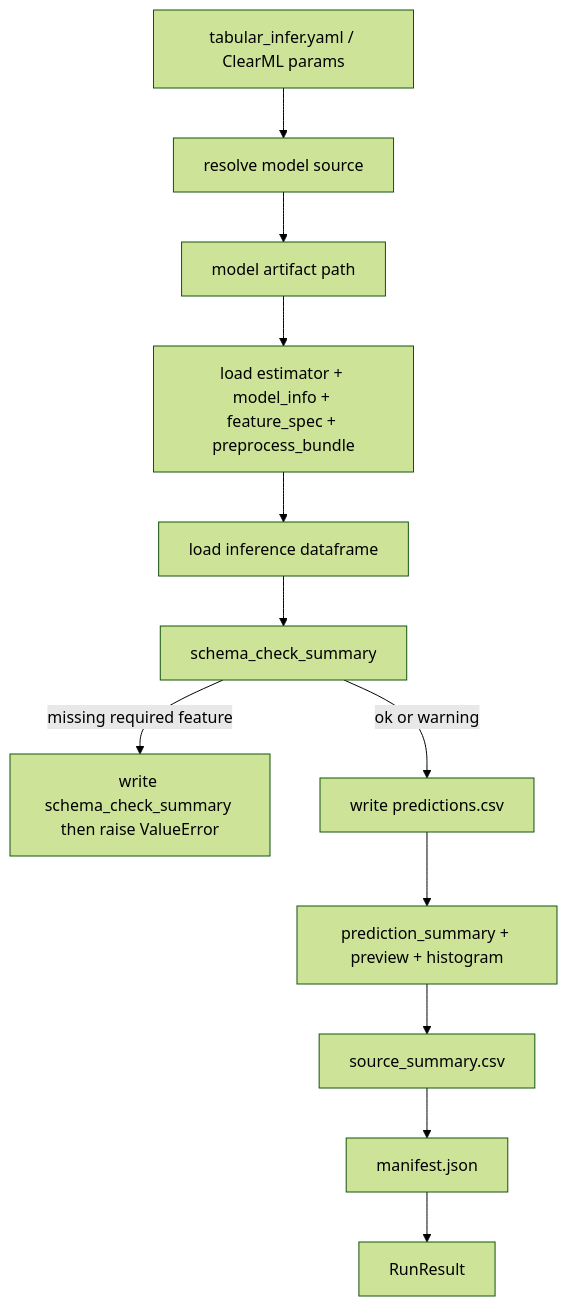
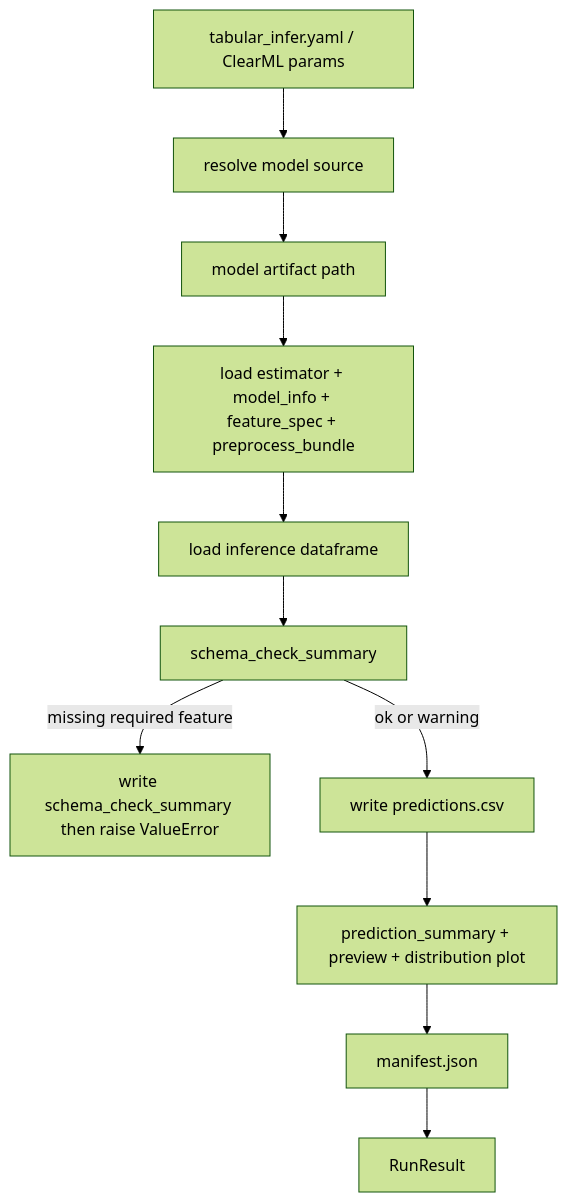
The fifth of 9 diagrams in Reviewwer.md (dkawa2523/ml_platform), drawn with Mermaid (forest theme) before and after one commit. The commit also changed other lines of this file and 128 other files, not shown here.

Commit message:
refactor: simplify platform architecture

````diff
--- a/Reviewwer.md
+++ b/Reviewwer.md
@@ -158,14 +165,13 @@
 ```mermaid
 flowchart TB
   InferConfig["tabular_infer.yaml / ClearML params"] --> Resolve["resolve model source"]
   Resolve --> ModelPath["model artifact path"]
   ModelPath --> Load["load estimator + model_info + feature_spec + preprocess_bundle"]
   Load --> Data["load inference dataframe"]
   Data --> Schema["schema_check_summary"]
   Schema -->|missing required feature| Error["write schema_check_summary then raise ValueError"]
   Schema -->|ok or warning| Predict["write predictions.csv"]
-  Predict --> Summary["prediction_summary + preview + histogram"]
-  Summary --> Source["source_summary.csv"]
-  Source --> Manifest["manifest.json"]
+  Predict --> Summary["prediction_summary + preview + distribution plot"]
+  Summary --> Manifest["manifest.json"]
   Manifest --> Result["RunResult"]
 ```
````
